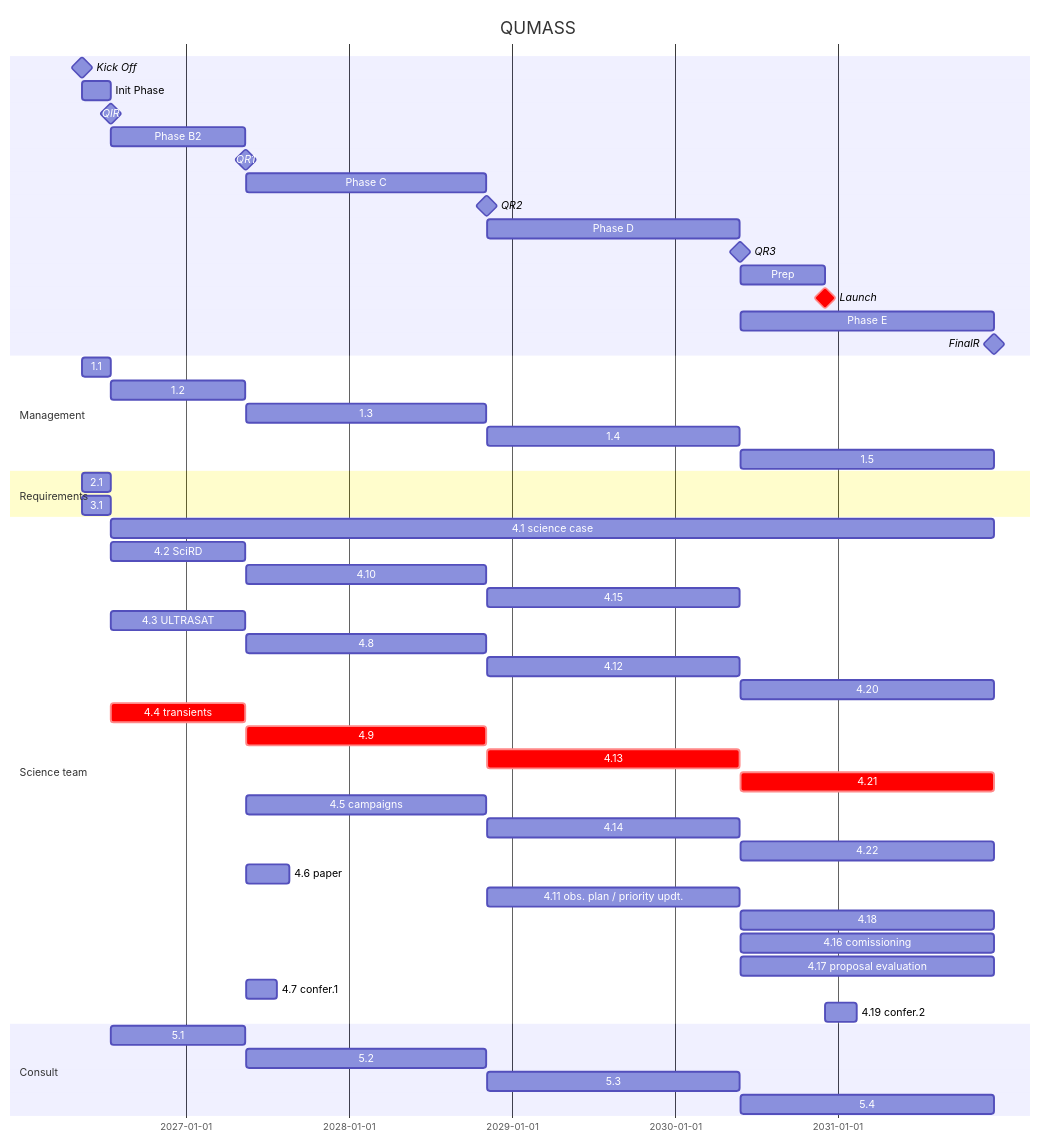
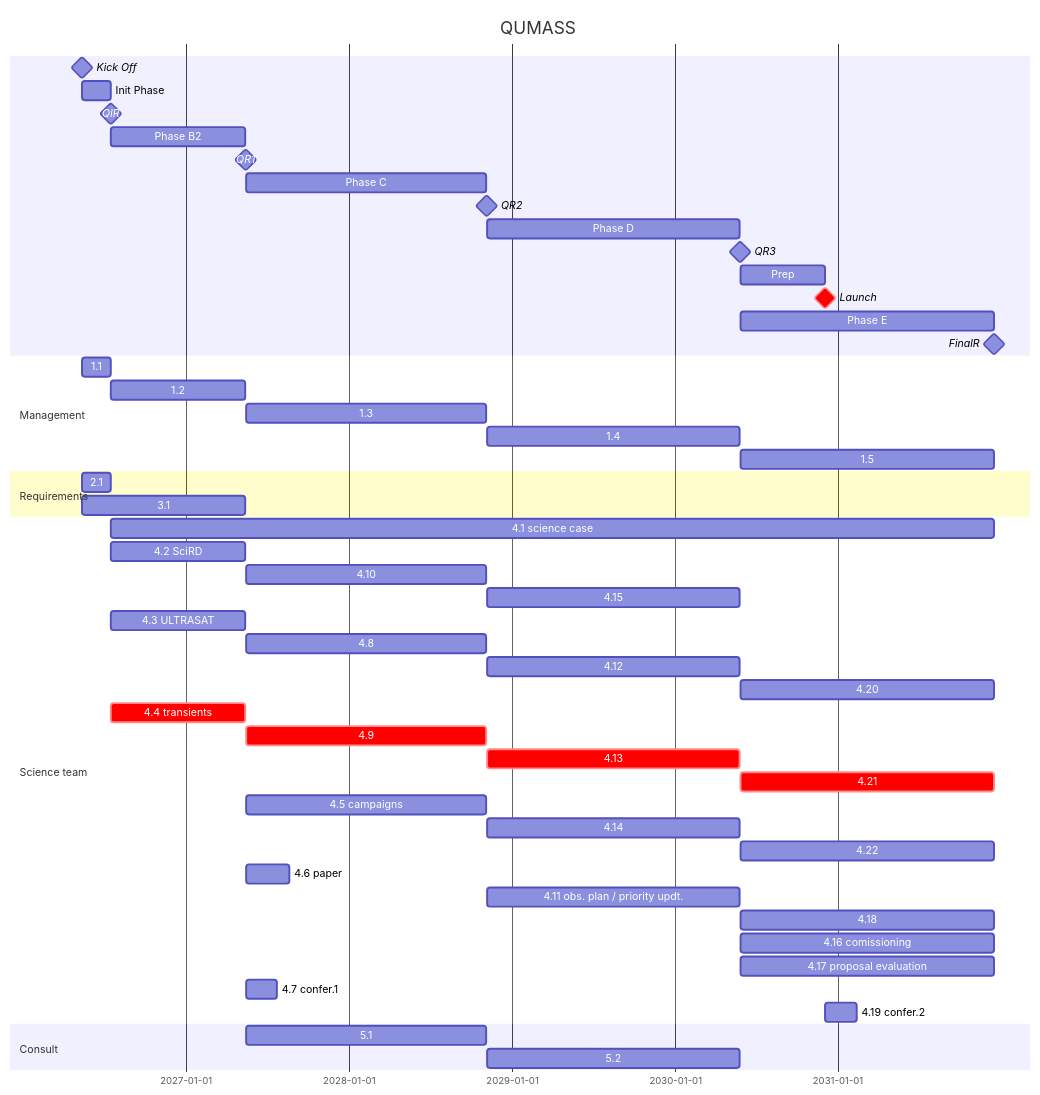
The diagram in calib/Science.md (limu007/quvik), drawn with Mermaid before and after one commit.

Commit message:
Update section references in Science.md

````diff
--- a/calib/Science.md
+++ b/calib/Science.md
@@ -1,57 +1,55 @@
 ```mermaid
 gantt
     title QUMASS
     dateFormat  YYYY-MM-DD
     Kick Off : milestone, ko, 2026-05-14, 1d
     Init Phase : b1, after ko, 9w
     QIR : milestone, ir, after b1, 1d
     Phase B2 : b2, after ir, 43w
     QR1 : milestone, pdr, after b2, 1d
     Phase C : c1, after pdr, 77w
     QR2 : milestone, cdr, after c1, 1d
     Phase D : d1, after cdr, 81w
     QR3 : milestone, far, after d1, 1d
     Prep : prep, after far, 27w
     Launch : crit, milestone, frr, after prep, 1d
     Phase E : e1, after far, 81w
     FinalR : milestone, fr, after e1, 1d
 
     section Management
     1.1 : after ko, until ir
     1.2 : after ir, until pdr
     1.3 : after pdr, until cdr
     1.4 : after cdr, until far
     1.5 : after far, until fr
     section Requirements
     2.1 : after ko, until ir
-    3.1 : after ko, until ir
+    3.1 : after ko, until pdr
     section Science team
     4.1 science case : after ir, until fr
     4.2 SciRD : after ir, until pdr
     4.10 : after pdr, until cdr
     4.15 : after cdr, until far
     4.3 ULTRASAT : after ir, until pdr
     4.8 : after pdr, until cdr
     4.12 : after cdr, until far
     4.20 : after far, until fr
     4.4 transients : crit, after ir, until pdr
     4.9 : crit, after pdr, until cdr
     4.13 : crit, after cdr, until far
     4.21 : crit, after far, until fr
     4.5 campaigns : after pdr, until cdr
     4.14 : after cdr, until far
     4.22 : after far, until fr
     4.6 paper : after pdr, 14w
     4.11 obs. plan / priority updt. : after cdr, until far
     4.18 : after far, until fr
     4.16 comissioning : after far, until fr
     4.17 proposal evaluation : after far, until fr
     4.7 confer.1 : after pdr, 10w
     4.19 confer.2 : after frr, 10w
     section Consult
-    5.1 : after ir, until pdr
-    5.2 : after pdr, until cdr
-    5.3 : after cdr, until far
-    5.4 : after far, until fr
-
+    5.1 : after pdr, until cdr
+    5.2 : after cdr, until far
+    
 ```
````
